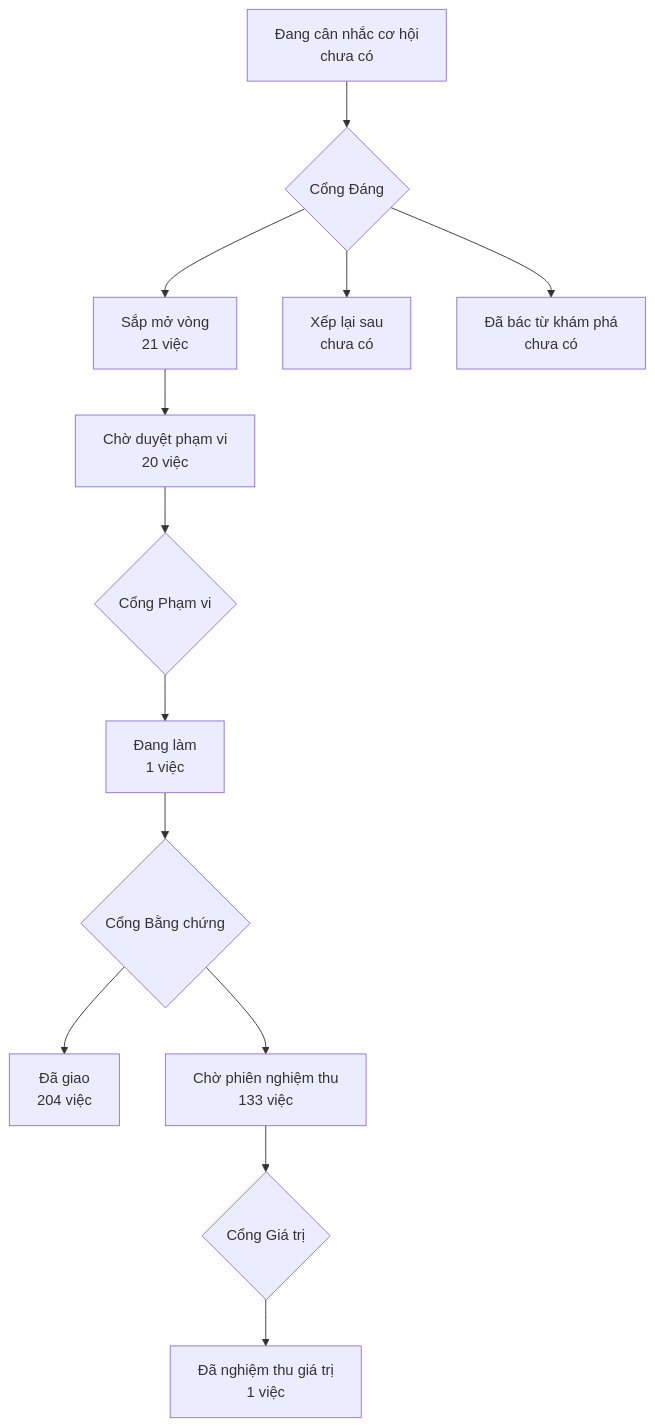
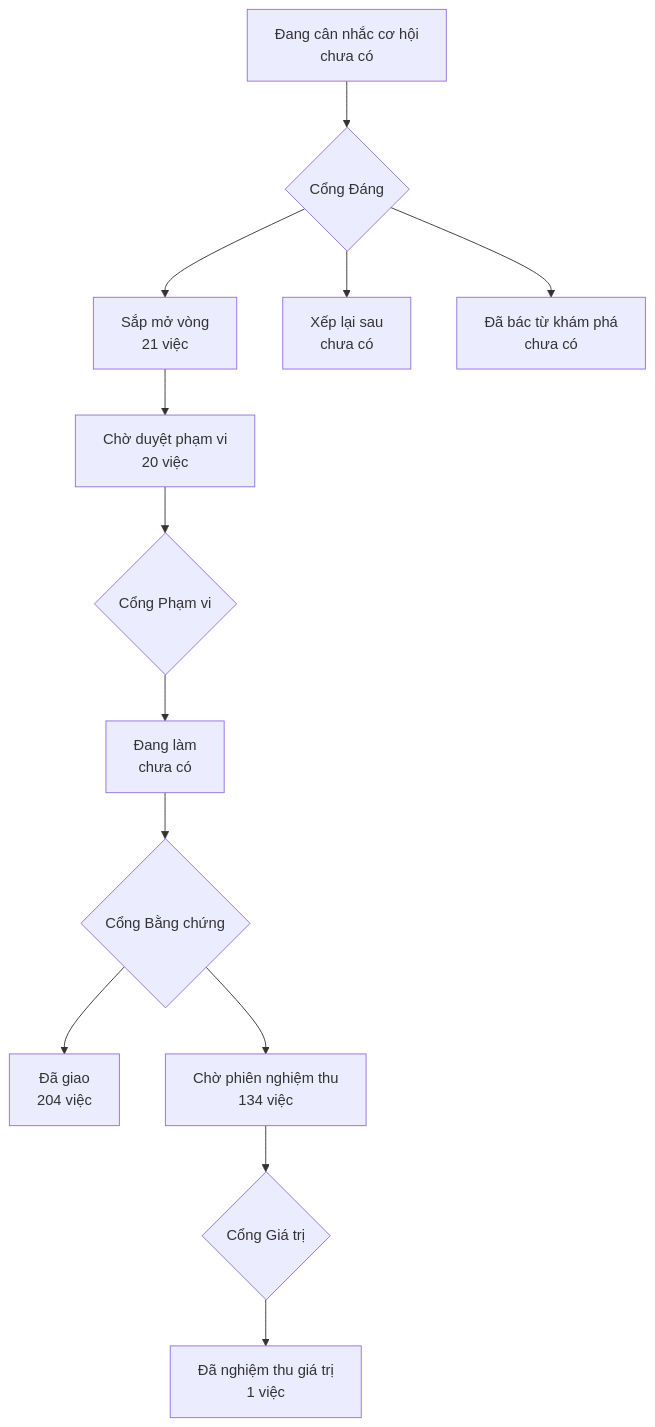
One commit to phanlemanh/onehub-invest changed the diagram in PRODUCT-MAP.md. Above: the diagram before and after it, drawn with Mermaid. The commit also changed other lines of this file and 4 other files, not shown here.

````diff
--- a/PRODUCT-MAP.md
+++ b/PRODUCT-MAP.md
@@ -7,12 +7,12 @@
 ```mermaid
 flowchart TD
   A["Đang cân nhắc cơ hội<br/>chưa có"] --> GD{"Cổng Đáng"}
   GD --> B["Sắp mở vòng<br/>21 việc"]
   GD --> XL["Xếp lại sau<br/>chưa có"]
   GD --> DB["Đã bác từ khám phá<br/>chưa có"]
   B --> CD["Chờ duyệt phạm vi<br/>20 việc"] --> GP{"Cổng Phạm vi"}
-  GP --> DL["Đang làm<br/>1 việc"] --> GB{"Cổng Bằng chứng"}
+  GP --> DL["Đang làm<br/>chưa có"] --> GB{"Cổng Bằng chứng"}
   GB --> DG["Đã giao<br/>204 việc"]
-  GB --> CN["Chờ phiên nghiệm thu<br/>133 việc"] --> GG{"Cổng Giá trị"}
+  GB --> CN["Chờ phiên nghiệm thu<br/>134 việc"] --> GG{"Cổng Giá trị"}
   GG --> NT["Đã nghiệm thu giá trị<br/>1 việc"]
 ```
````
